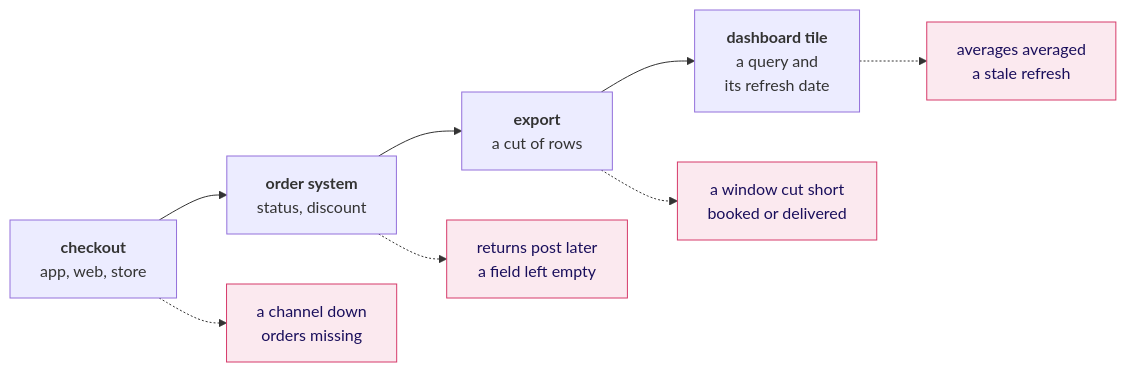
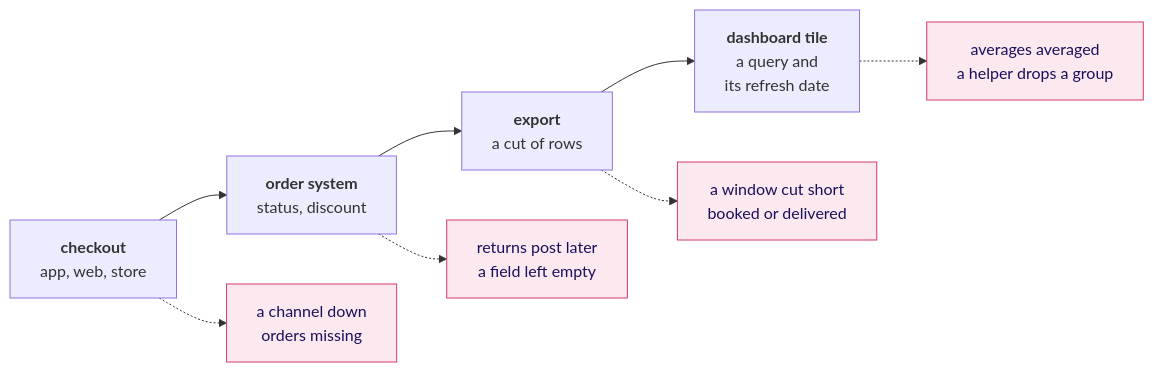
Before and after one commit to fde-academy-lab/c2-content-factory: the third of 26 diagrams in content/W01/D2/slides/C2_W01_D02_half1_STUDENT.md, drawn with Mermaid. The commit also changed other lines of this file and 11 other files, not shown here.

````diff
--- a/content/W01/D2/slides/C2_W01_D02_half1_STUDENT.md
+++ b/content/W01/D2/slides/C2_W01_D02_half1_STUDENT.md
@@ -121,12 +113,12 @@
 ```mermaid
 flowchart LR
     C["<b>checkout</b><br/>app, web, store"] --> O["<b>order system</b><br/>status, discount"]
     O --> E["<b>export</b><br/>a cut of rows"]
     E --> T["<b>dashboard tile</b><br/>a query and<br/>its refresh date"]
     C -.-> F1["a channel down<br/>orders missing"]
     O -.-> F2["returns post later<br/>a field left empty"]
     E -.-> F3["a window cut short<br/>booked or delivered"]
-    T -.-> F4["averages averaged<br/>a stale refresh"]
+    T -.-> F4["averages averaged<br/>a helper drops a group"]
     classDef bad fill:#FBE9EF,stroke:#D63A6A,color:#1A0F5C
     class F1,F2,F3,F4 bad
 ```
````
